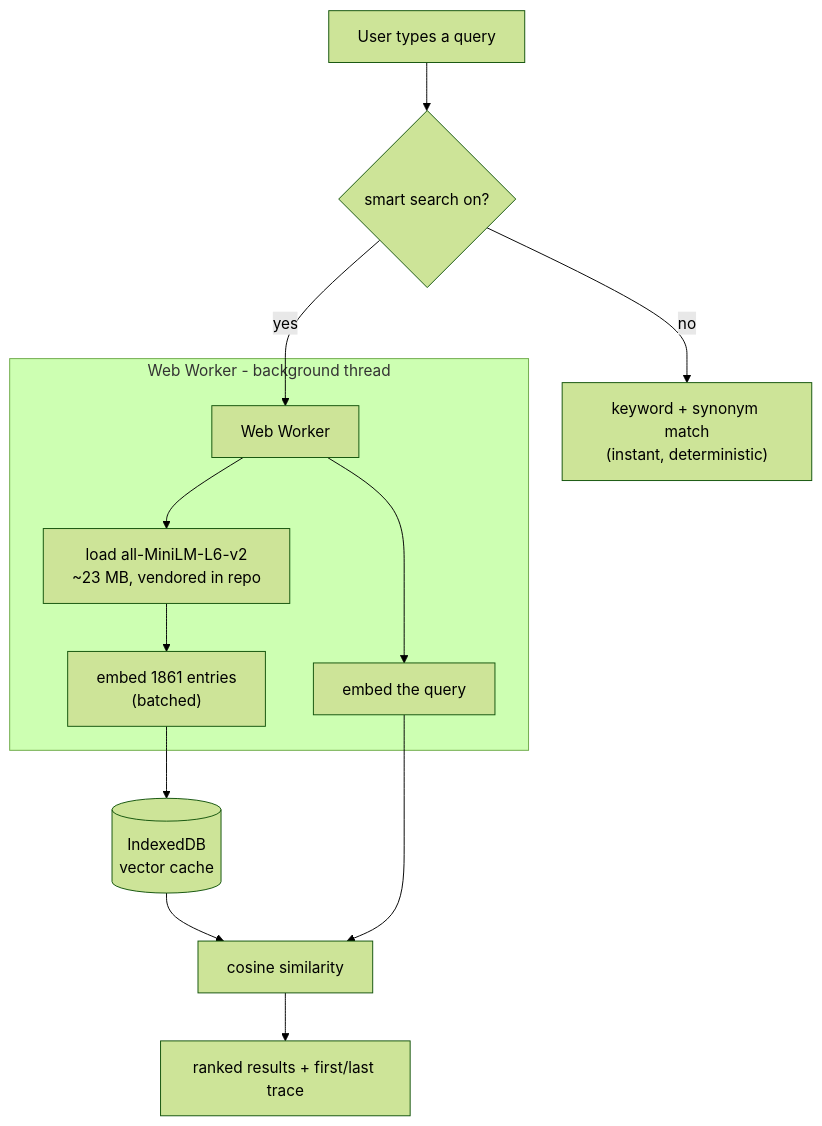
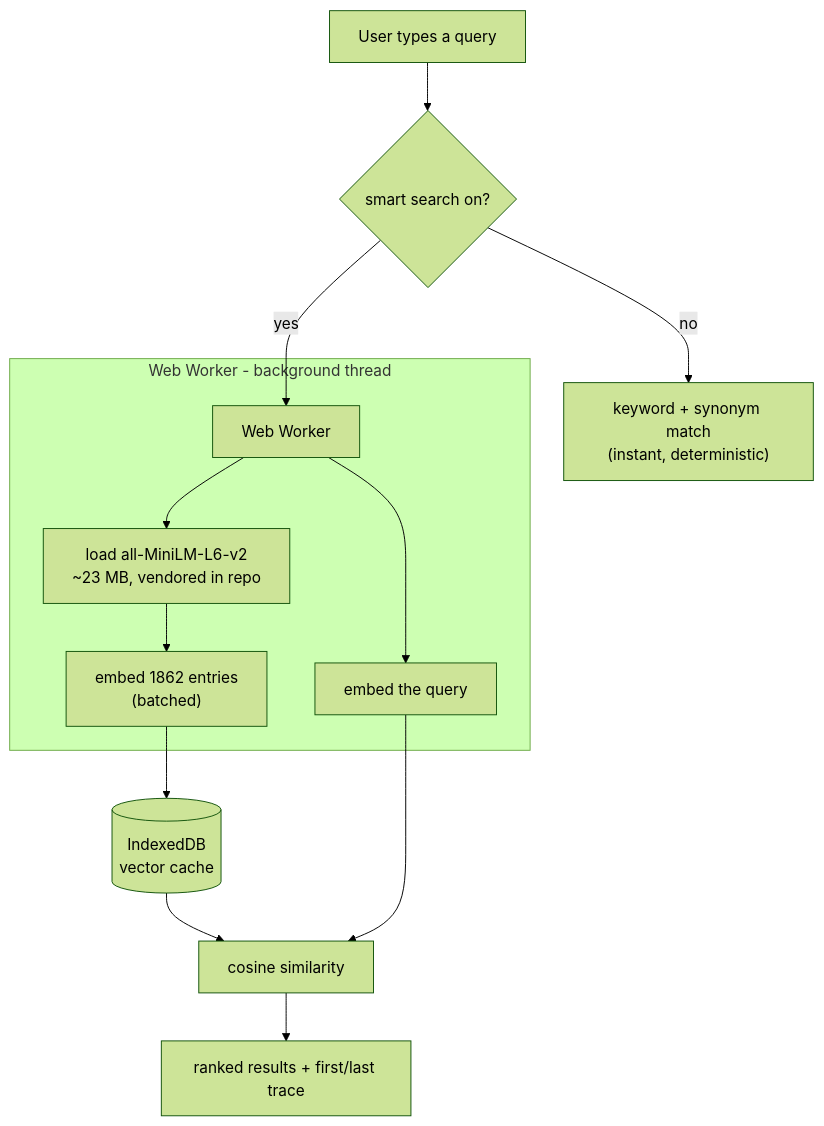
Before and after one commit to The-Nibble/dig: the diagram in README.md, drawn with Mermaid (forest theme). The commit also changed other lines of this file and 2 other files, not shown here.

````diff
--- a/README.md
+++ b/README.md
@@ -96,15 +98,15 @@
 ```mermaid
 flowchart TD
   Q[User types a query] --> M{smart search on?}
   M -- no --> K["keyword + synonym match<br/>(instant, deterministic)"]
   M -- yes --> W[Web Worker]
   subgraph bg [Web Worker - background thread]
     W --> L["load all-MiniLM-L6-v2<br/>~23 MB, vendored in repo"]
-    L --> E["embed 1861 entries<br/>(batched)"]
+    L --> E["embed 1862 entries<br/>(batched)"]
     W --> QE[embed the query]
   end
   E --> CACHE[(IndexedDB<br/>vector cache)]
   CACHE --> S[cosine similarity]
   QE --> S
   S --> R[ranked results + first/last trace]
 ```
````
